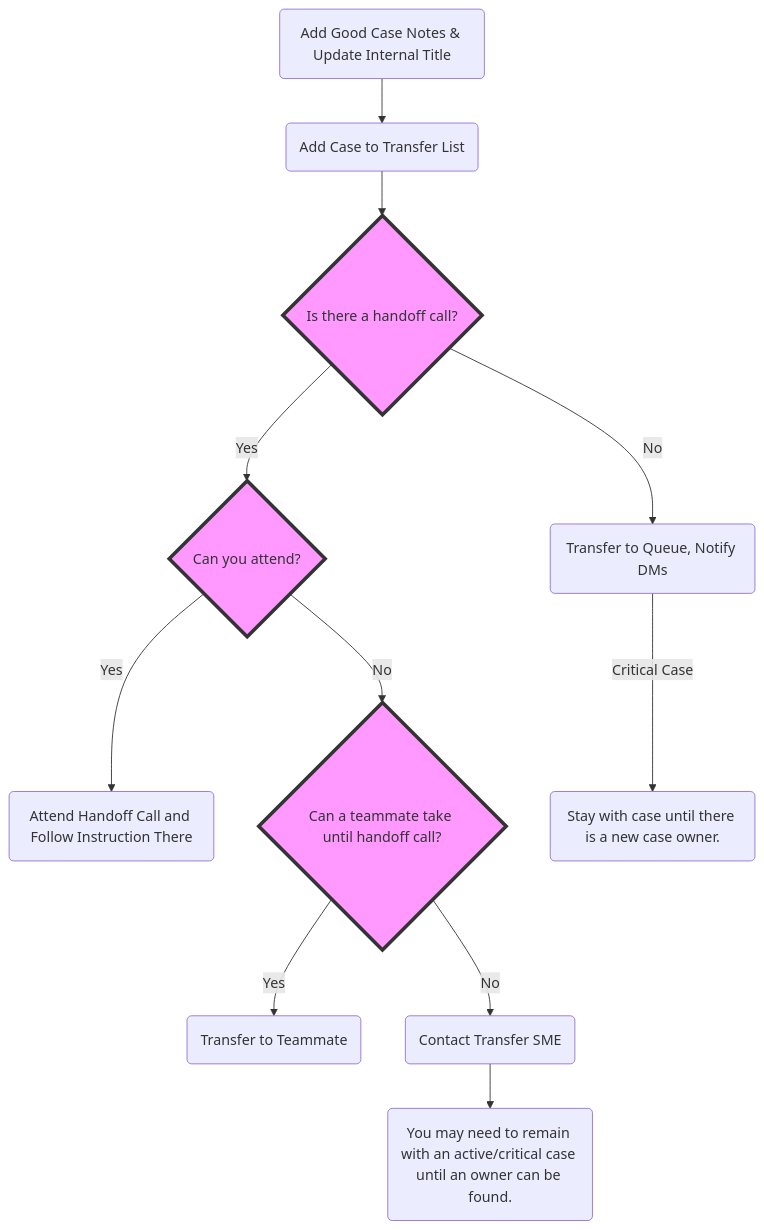
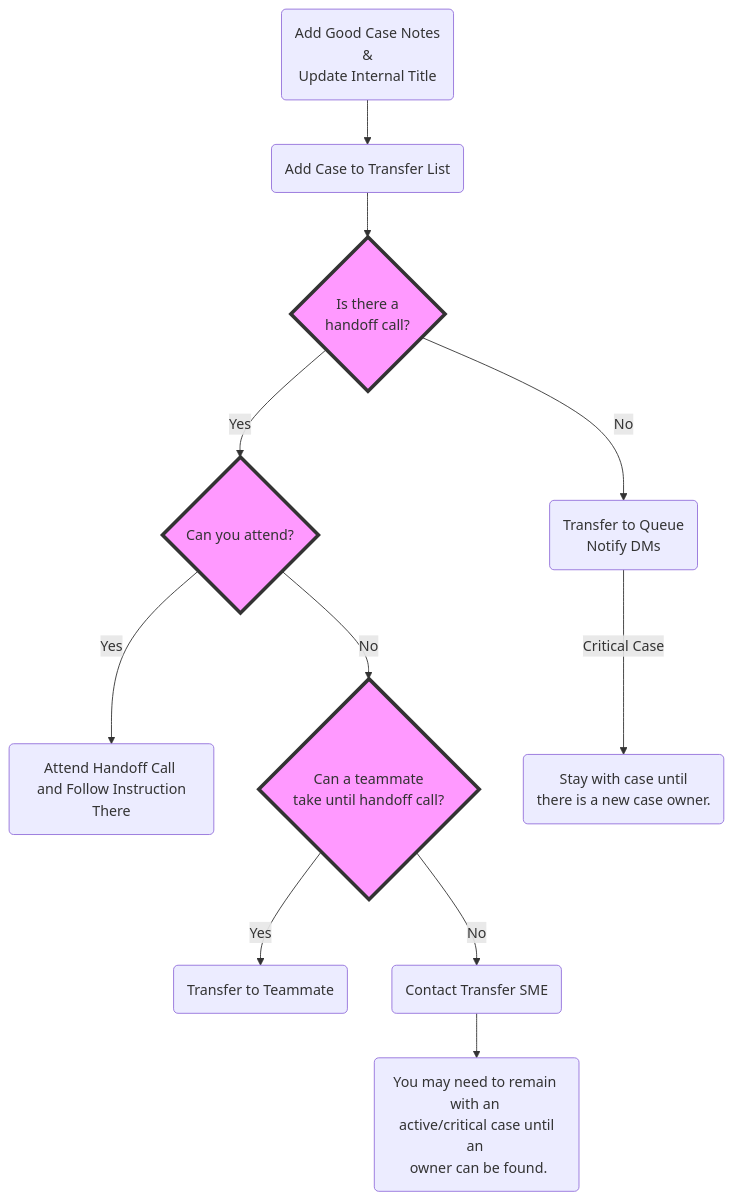
The diagram in Big-Data/Support-Engineer-Best-Practices/Case-Management/Case-Handoff-Process.md (santi1s/Big-Data), drawn with Mermaid before and after one commit.

Commit message:
Updated Case Handoff Process

```diff
--- a/Big-Data/Support-Engineer-Best-Practices/Case-Management/Case-Handoff-Process.md
+++ b/Big-Data/Support-Engineer-Best-Practices/Case-Management/Case-Handoff-Process.md
@@ -30,16 +30,16 @@
 ::: mermaid
 graph TD
-    A(Add Good Case Notes & Update Internal Title) --> B(Add Case to Transfer List)
-    B --> C{Is there a handoff call?}
+    A(Add Good Case Notes <br> & <br> Update Internal Title) --> B(Add Case to Transfer List)
+    B --> C{Is there a <br> handoff call?}
     C -->|Yes| D{Can you attend?}
-D -->|Yes| F(Attend Handoff Call and Follow Instruction There)
-D -->|No| I{Can a teammate take until handoff call?}
-    C -->|No| E(Transfer to Queue, Notify DMs)
-E -->|Critical Case| H(Stay with case until there is a new case owner.)
+D -->|Yes| F(Attend Handoff Call <br> and Follow Instruction There)
+D -->|No| I{Can a teammate <br> take until handoff call?}
+    C -->|No| E(Transfer to Queue <br> Notify DMs)
+E -->|Critical Case| H(Stay with case until <br> there is a new case owner.)
 I-->|Yes| J(Transfer to Teammate)
 I --> |No| K(Contact Transfer SME)
-K --> L(You may need to remain with an active/critical case until an owner can be found.)
+K --> L(You may need to remain with an <br> active/critical case until an <br> owner can be found.)
     style D fill:#f9f,stroke:#333,stroke-width:4px
  style C fill:#f9f,stroke:#333,stroke-width:4px
  style I fill:#f9f,stroke:#333,stroke-width:4px
 :::
```
